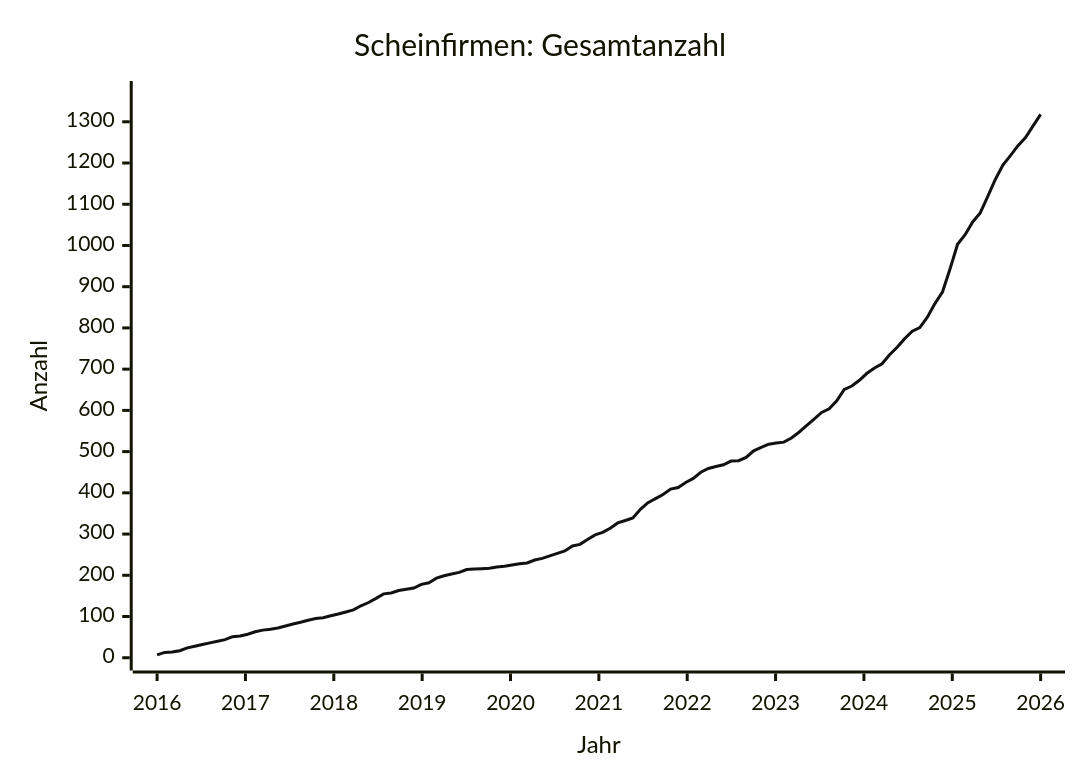
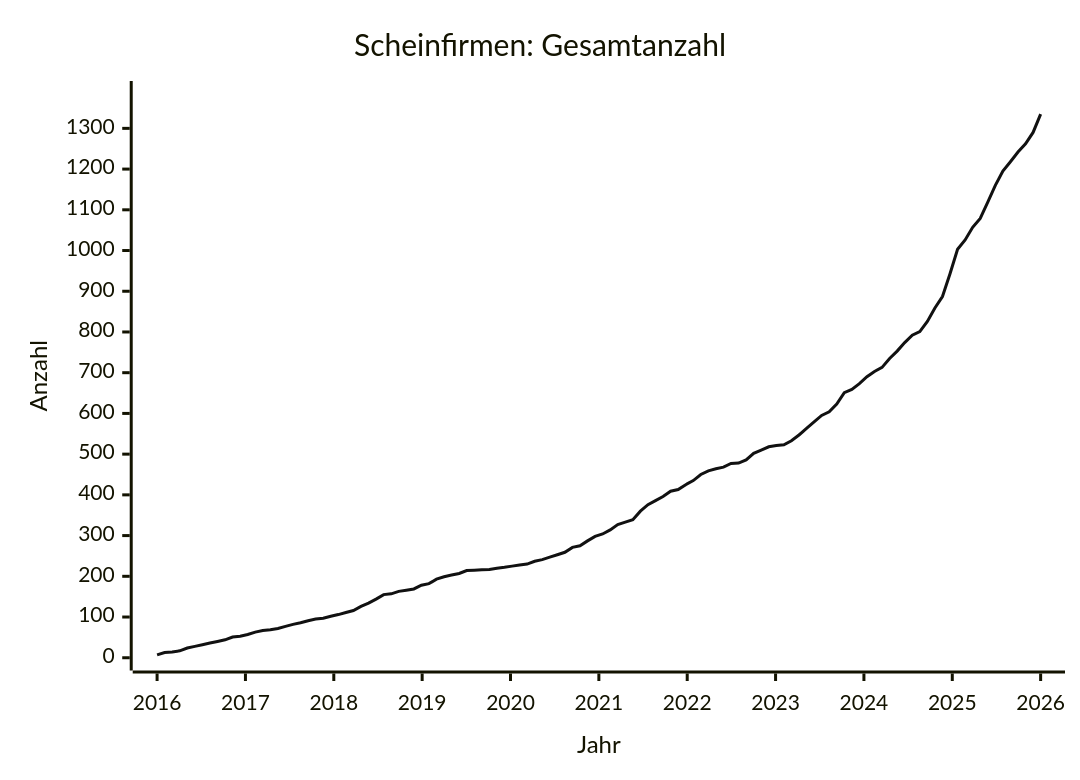
Before and after one commit to arjoma/scheinfirmen-at: the diagram in data/STATS.md, drawn with Mermaid. The commit also changed other lines of this file and 3 other files, not shown here.

````diff
--- a/data/STATS.md
+++ b/data/STATS.md
@@ -9,13 +9,13 @@
 ```mermaid
 ---
 config:
   themeVariables:
     xyChart:
       plotColorPalette: "#111111"
 ---
 xychart-beta
     title "Scheinfirmen: Gesamtanzahl"
     x-axis "Jahr" 2016 --> 2026
-    y-axis "Anzahl" 0 --> 1368
-    line [7, 13, 14, 17, 24, 28, 32, 36, 40, 44, 51, 53, 57, 63, 67, 69, 72, 77, 82, 86, 91, 95, 97, 102, 106, 111, 116, 126, 134, 144, 155, 157, 163, 166, 169, 178, 182, 193, 199, 203, 207, 214, 215, 216, 217, 220, 222, 225, 228, 230, 237, 241, 247, 253, 259, 271, 275, 287, 298, 304, 314, 327, 333, 339, 360, 376, 386, 396, 409, 413, 425, 435, 450, 459, 464, 468, 477, 478, 486, 502, 510, 518, 521, 523, 533, 547, 563, 579, 595, 604, 623, 651, 659, 673, 690, 703, 713, 735, 753, 774, 792, 801, 826, 859, 887, 943, 1003, 1026, 1057, 1079, 1119, 1160, 1195, 1218, 1242, 1262, 1290, 1318]
+    y-axis "Anzahl" 0 --> 1385
+    line [7, 13, 14, 17, 24, 28, 32, 36, 40, 44, 51, 53, 57, 63, 67, 69, 72, 77, 82, 86, 91, 95, 97, 102, 106, 111, 116, 126, 134, 144, 155, 157, 163, 166, 169, 178, 182, 193, 199, 203, 207, 214, 215, 216, 217, 220, 222, 225, 228, 230, 237, 241, 247, 253, 259, 271, 275, 287, 298, 304, 314, 327, 333, 339, 360, 376, 386, 396, 409, 413, 425, 435, 450, 459, 464, 468, 477, 478, 486, 502, 510, 518, 521, 523, 533, 547, 563, 579, 595, 604, 623, 651, 659, 673, 690, 703, 713, 735, 753, 774, 792, 801, 826, 859, 887, 943, 1003, 1026, 1057, 1079, 1119, 1160, 1195, 1218, 1242, 1262, 1290, 1335]
 ```
````
